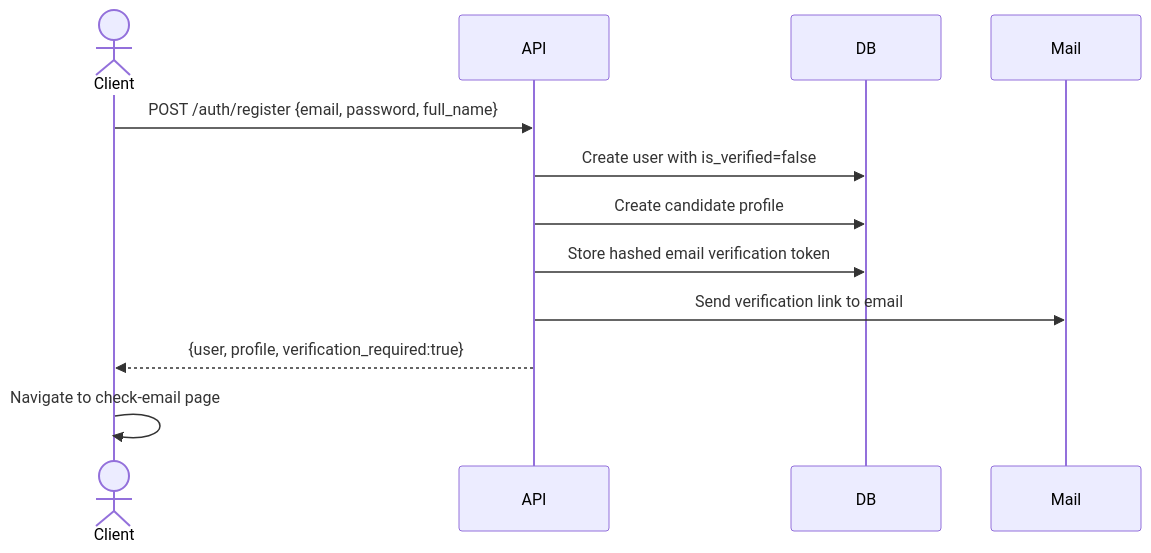
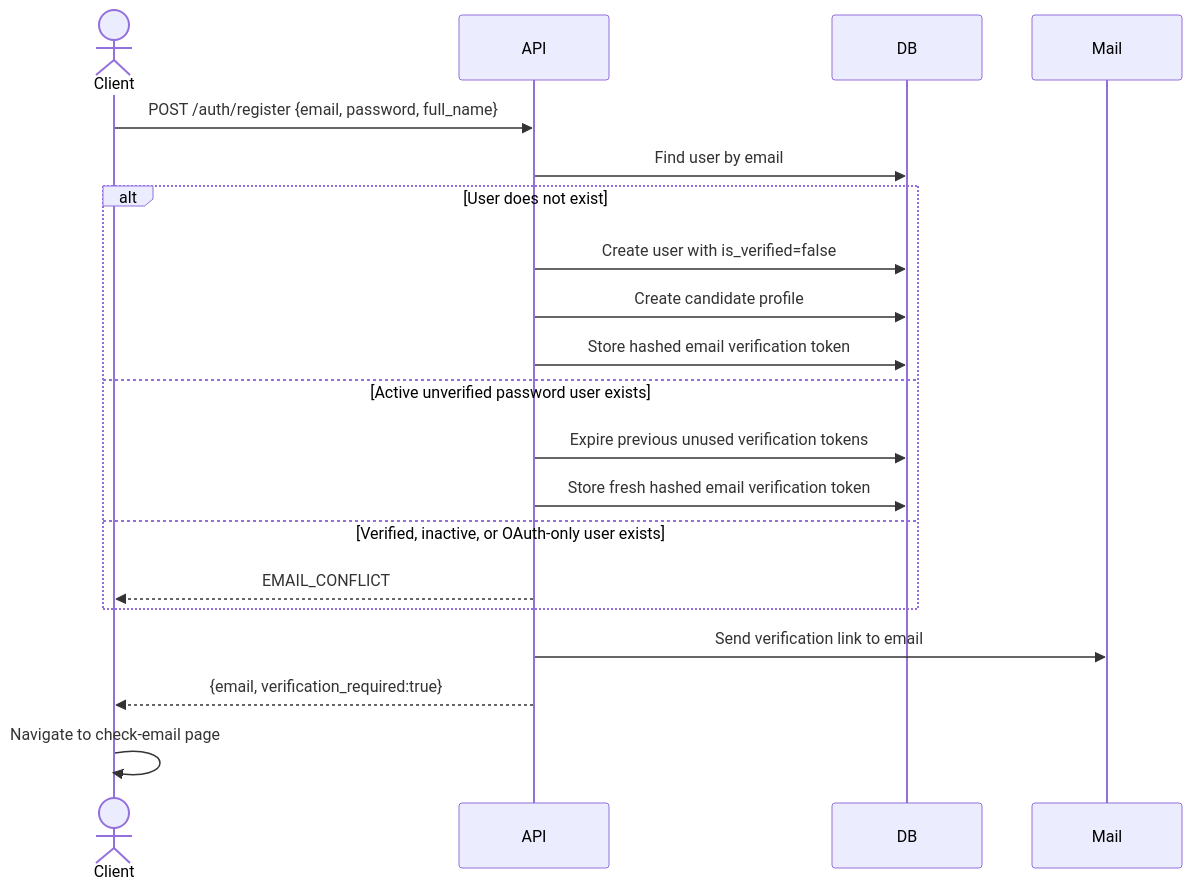
Before and after one commit to Jaxongir1006/ai-interview-prep-api: the fourth of 6 diagrams in docs/specs/flows/auth.md, drawn with Mermaid. The commit also changed other lines of this file and 31 other files, not shown here.

````diff
--- a/docs/specs/flows/auth.md
+++ b/docs/specs/flows/auth.md
@@ -91,15 +91,23 @@
 ```mermaid
 sequenceDiagram
     actor Client
     participant API
     participant DB
     participant Mail
 
     Client->>API: POST /auth/register {email, password, full_name}
-    API->>DB: Create user with is_verified=false
-    API->>DB: Create candidate profile
-    API->>DB: Store hashed email verification token
+    API->>DB: Find user by email
+    alt User does not exist
+        API->>DB: Create user with is_verified=false
+        API->>DB: Create candidate profile
+        API->>DB: Store hashed email verification token
+    else Active unverified password user exists
+        API->>DB: Expire previous unused verification tokens
+        API->>DB: Store fresh hashed email verification token
+    else Verified, inactive, or OAuth-only user exists
+        API-->>Client: EMAIL_CONFLICT
+    end
     API->>Mail: Send verification link to email
-    API-->>Client: {user, profile, verification_required:true}
+    API-->>Client: {email, verification_required:true}
     Client->>Client: Navigate to check-email page
 ```
````
